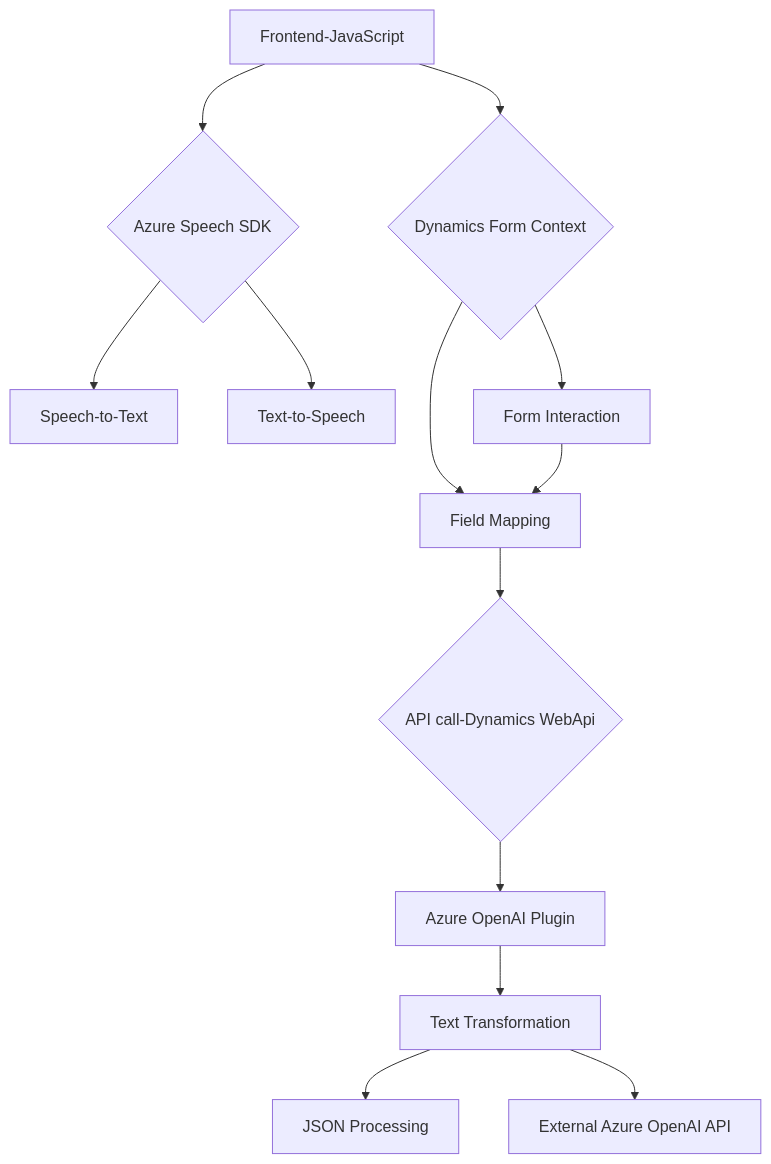
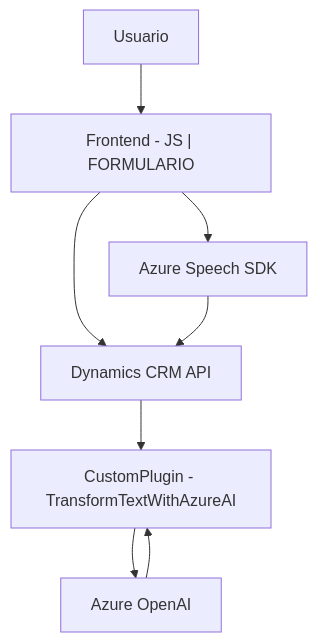
One commit to blopezdm/NETCORE_BILBAO2025 changed the diagram in README.md. Above: the diagram before and after it, drawn with Mermaid. The commit also changed other lines of this file, not shown here.

````diff
--- a/README.md
+++ b/README.md
@@ -40,15 +42,17 @@
 ```mermaid
 graph TD
-    A["Frontend-JavaScript"] --> B{"Azure Speech SDK"}
-    A --> C{"Dynamics Form Context"}
-    B --> D["Speech-to-Text"]
-    B --> E["Text-to-Speech"]
-    C --> F["Form Interaction"]
-    C --> G["Field Mapping"]
-    F --> G
-    G --> H{"API call-Dynamics WebApi"}
-    H --> I["Azure OpenAI Plugin"]
-    I --> J["Text Transformation"]
-    J --> K["JSON Processing"]
-    J --> L["External Azure OpenAI API"]
+    A["Frontend - JS | FORMULARIO"]
+    B["Azure Speech SDK"]
+    C["Dynamics CRM API"]
+    D["CustomPlugin - TransformTextWithAzureAI"]
+    E["Azure OpenAI"]
+    F["Usuario"]
+
+    F --> A
+    A --> B
+    A --> C
+    B --> C
+    D --> E
+    C --> D
+    E --> D
 ```
````
